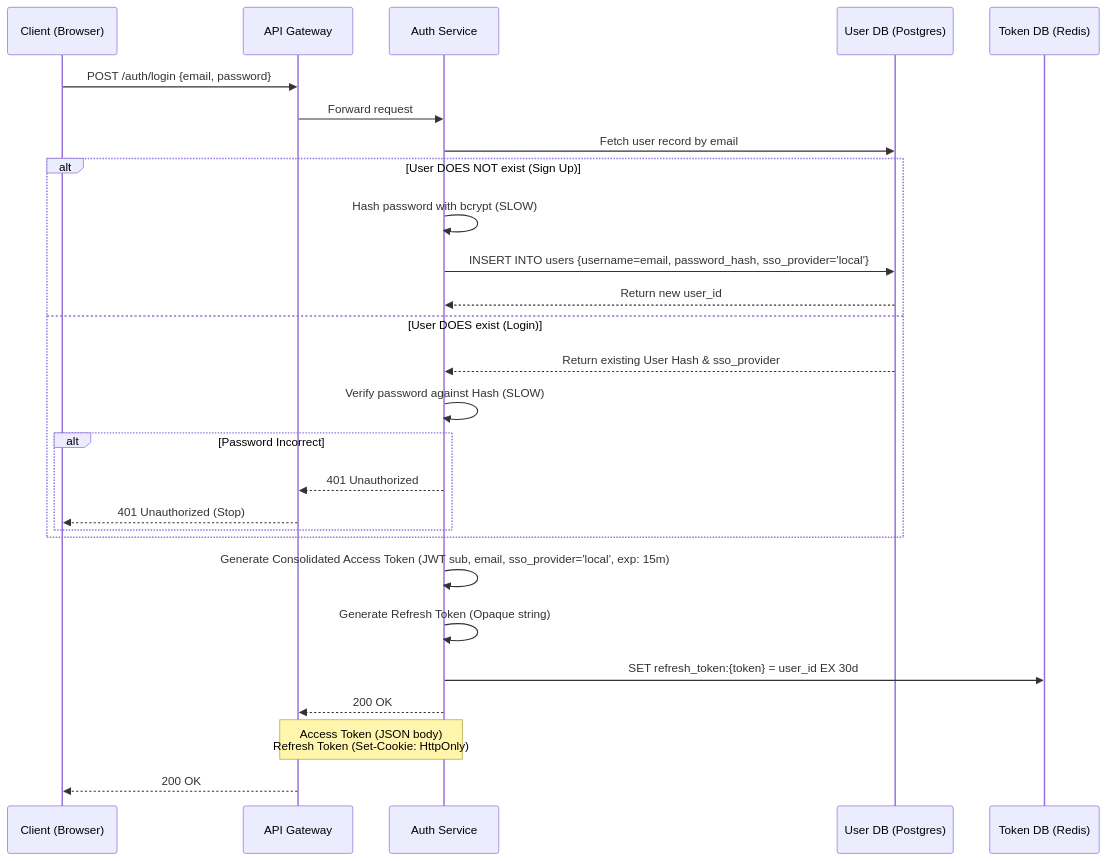
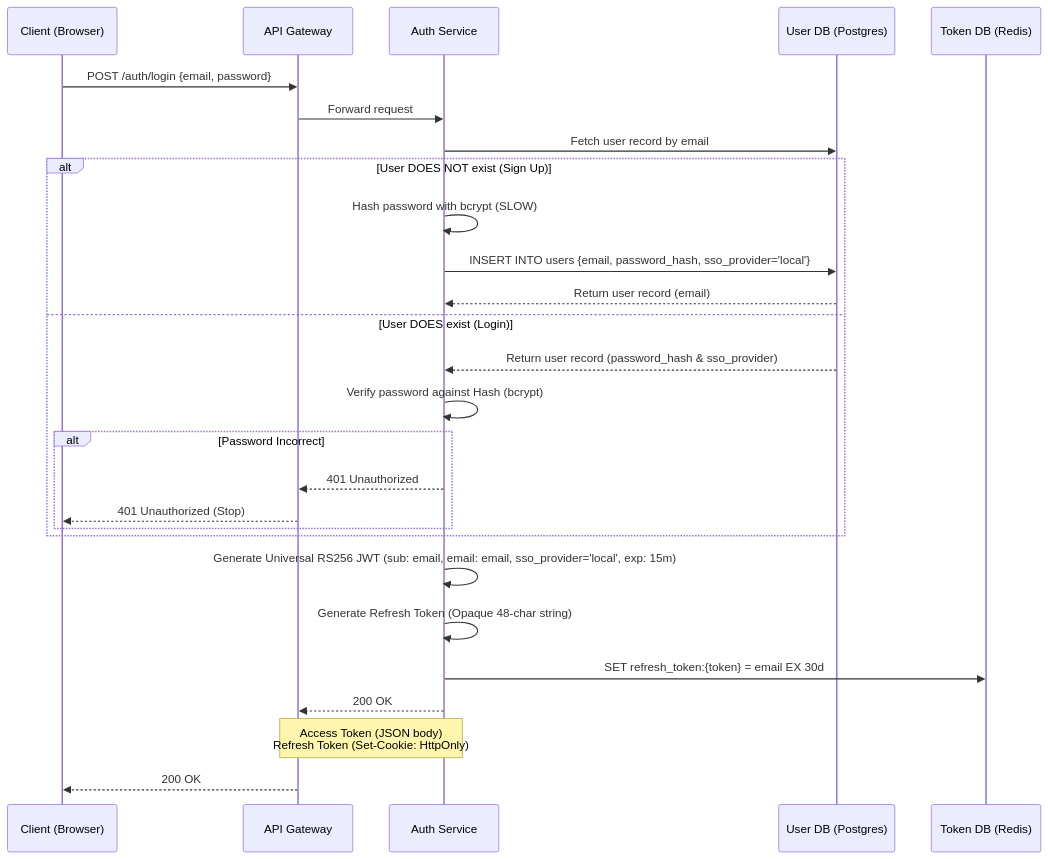
Before and after one commit to boycececil666gmailcom/Microservice-Auth-Platform: the first of 4 diagrams in design/auth/01-auth-flow.md, drawn with Mermaid. The commit also changed other lines of this file, not shown here.

Commit message:
docs: add authentication flow design documentation including token issuance, OIDC, and rotation flows

````diff
--- a/design/auth/01-auth-flow.md
+++ b/design/auth/01-auth-flow.md
@@ -7,34 +7,34 @@
 ```mermaid
 sequenceDiagram
     participant C as Client (Browser)
     participant G as API Gateway
     participant A as Auth Service
     participant PG as User DB (Postgres)
     participant R as Token DB (Redis)
 
     C->>G: POST /auth/login {email, password}
     G->>A: Forward request
     A->>PG: Fetch user record by email
     
     alt User DOES NOT exist (Sign Up)
         A->>A: Hash password with bcrypt (SLOW)
-        A->>PG: INSERT INTO users {username=email, password_hash, sso_provider='local'}
-        PG-->>A: Return new user_id
+        A->>PG: INSERT INTO users {email, password_hash, sso_provider='local'}
+        PG-->>A: Return user record (email)
     else User DOES exist (Login)
-        PG-->>A: Return existing User Hash & sso_provider
-        A->>A: Verify password against Hash (SLOW)
+        PG-->>A: Return user record (password_hash & sso_provider)
+        A->>A: Verify password against Hash (bcrypt)
         alt Password Incorrect
             A-->>G: 401 Unauthorized
             G-->>C: 401 Unauthorized (Stop)
         end
     end
     
-    A->>A: Generate Consolidated Access Token (JWT sub, email, sso_provider='local', exp: 15m)
-    A->>A: Generate Refresh Token (Opaque string)
+    A->>A: Generate Universal RS256 JWT (sub: email, email: email, sso_provider='local', exp: 15m)
+    A->>A: Generate Refresh Token (Opaque 48-char string)
     
-    A->>R: SET refresh_token:{token} = user_id EX 30d
+    A->>R: SET refresh_token:{token} = email EX 30d
     
     A-->>G: 200 OK
     Note over A,G: Access Token (JSON body)<br/>Refresh Token (Set-Cookie: HttpOnly)
     G-->>C: 200 OK
 ```
````
